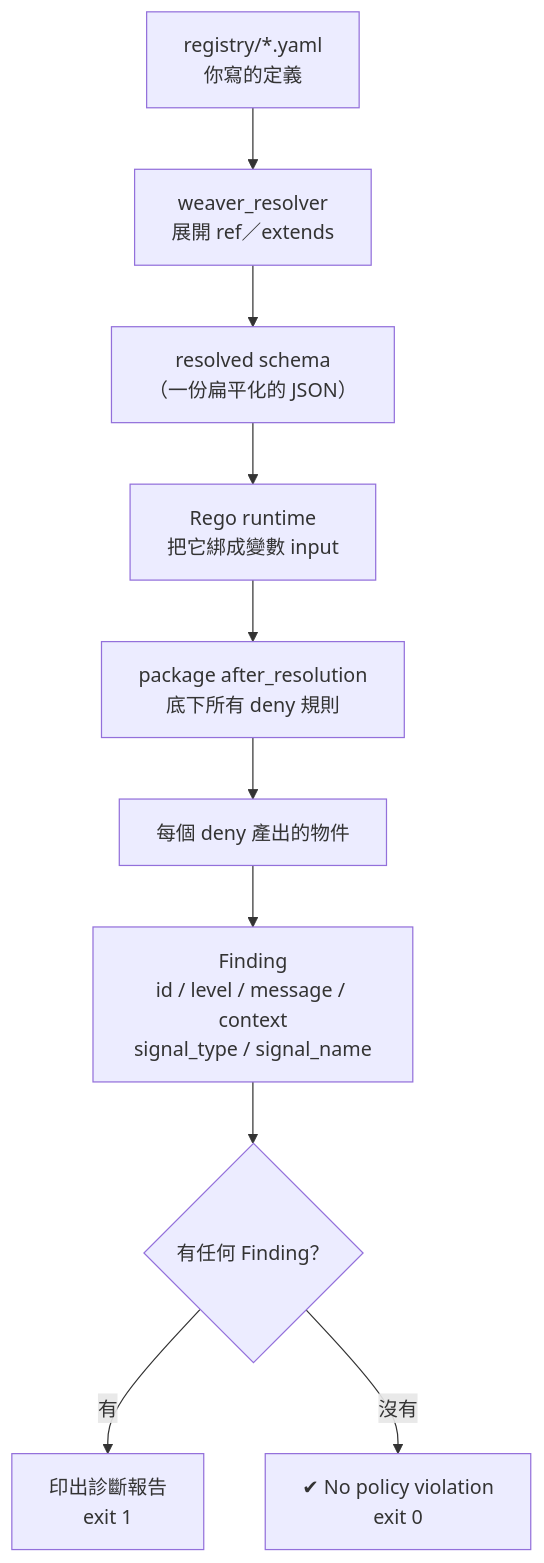
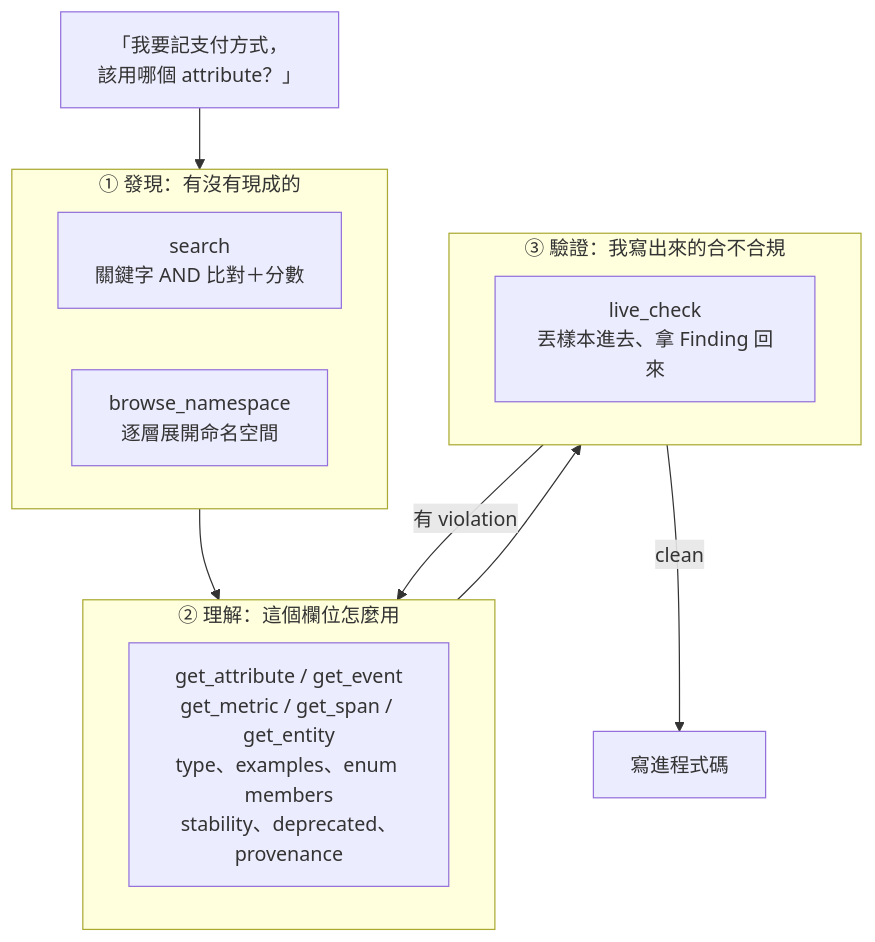
The first of 3 diagrams in weaver-demo/ironman-2026/day10.md (tedmax100/o11y-bench), drawn with Mermaid before and after one commit. The commit also changed other lines of this file and 15 other files, not shown here.

````diff
--- a/weaver-demo/ironman-2026/day10.md
+++ b/weaver-demo/ironman-2026/day10.md
@@ -34,12 +40,21 @@
 ```mermaid
 flowchart TB
-    A["registry/*.yaml<br/>你寫的定義"] --> B["weaver_resolver<br/>展開 ref／extends"]
-    B --> C["resolved schema<br/>（一份扁平化的 JSON）"]
-    C --> D["Rego runtime<br/>把它綁成變數 input"]
-    D --> E["package after_resolution<br/>底下所有 deny 規則"]
-    E --> F["每個 deny 產出的物件"]
-    F --> G["Finding<br/>id / level / message / context<br/>signal_type / signal_name"]
-    G --> H{"有任何 Finding？"}
-    H -->|有| I["印出診斷報告<br/>exit 1"]
-    H -->|沒有| J["✔ No policy violation<br/>exit 0"]
+    Q["「我要記支付方式，<br/>該用哪個 attribute？」"]
+
+    subgraph D["① 發現：有沒有現成的"]
+      S["search<br/>關鍵字 AND 比對＋分數"]
+      B["browse_namespace<br/>逐層展開命名空間"]
+    end
+
+    subgraph U["② 理解：這個欄位怎麼用"]
+      G["get_attribute / get_event<br/>get_metric / get_span / get_entity<br/>type、examples、enum members<br/>stability、deprecated、provenance"]
+    end
+
+    subgraph V["③ 驗證：我寫出來的合不合規"]
+      L["live_check<br/>丟樣本進去、拿 Finding 回來"]
+    end
+
+    Q --> D --> U --> V
+    V -->|"有 violation"| U
+    V -->|"clean"| C["寫進程式碼"]
 ```
````
